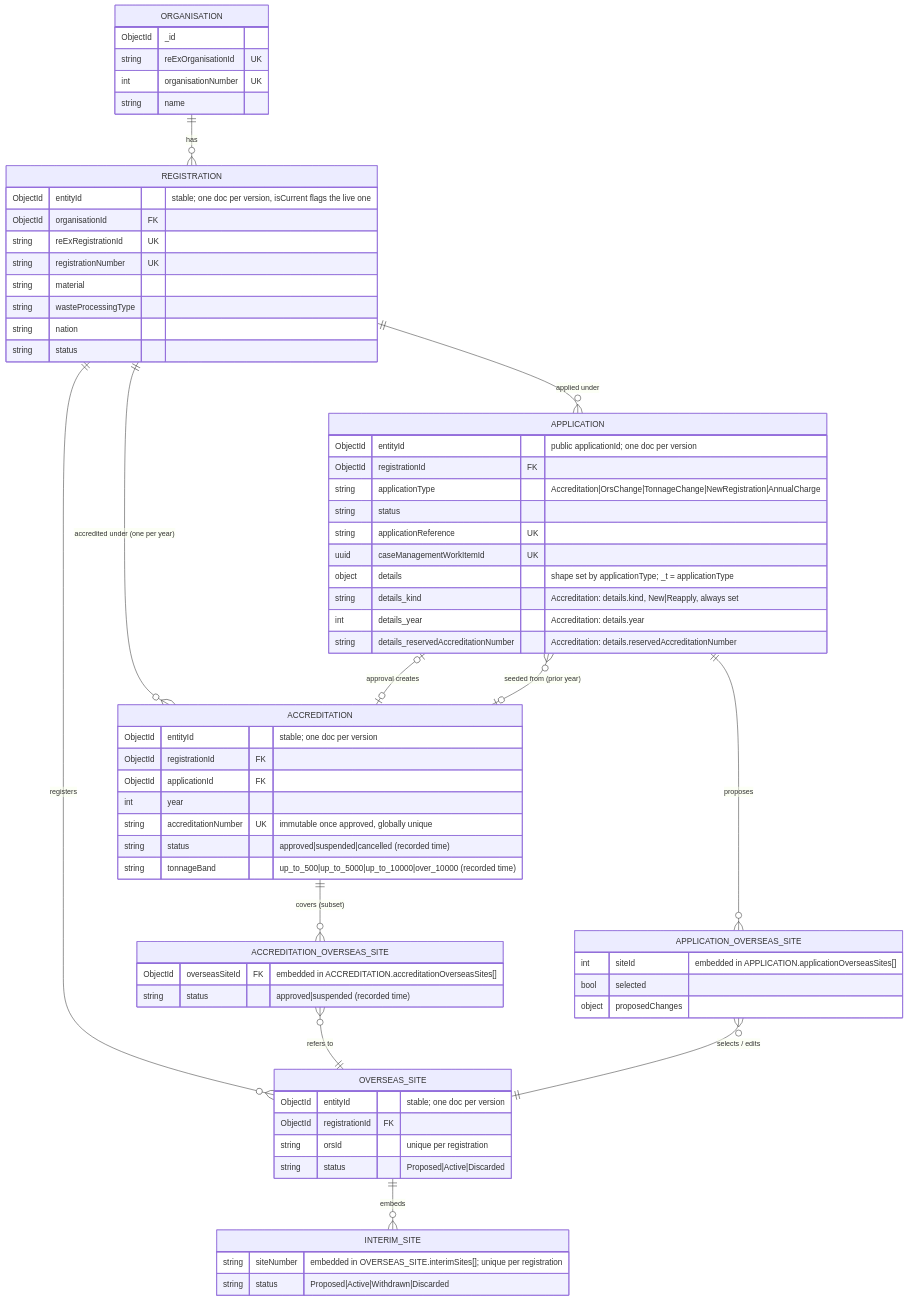
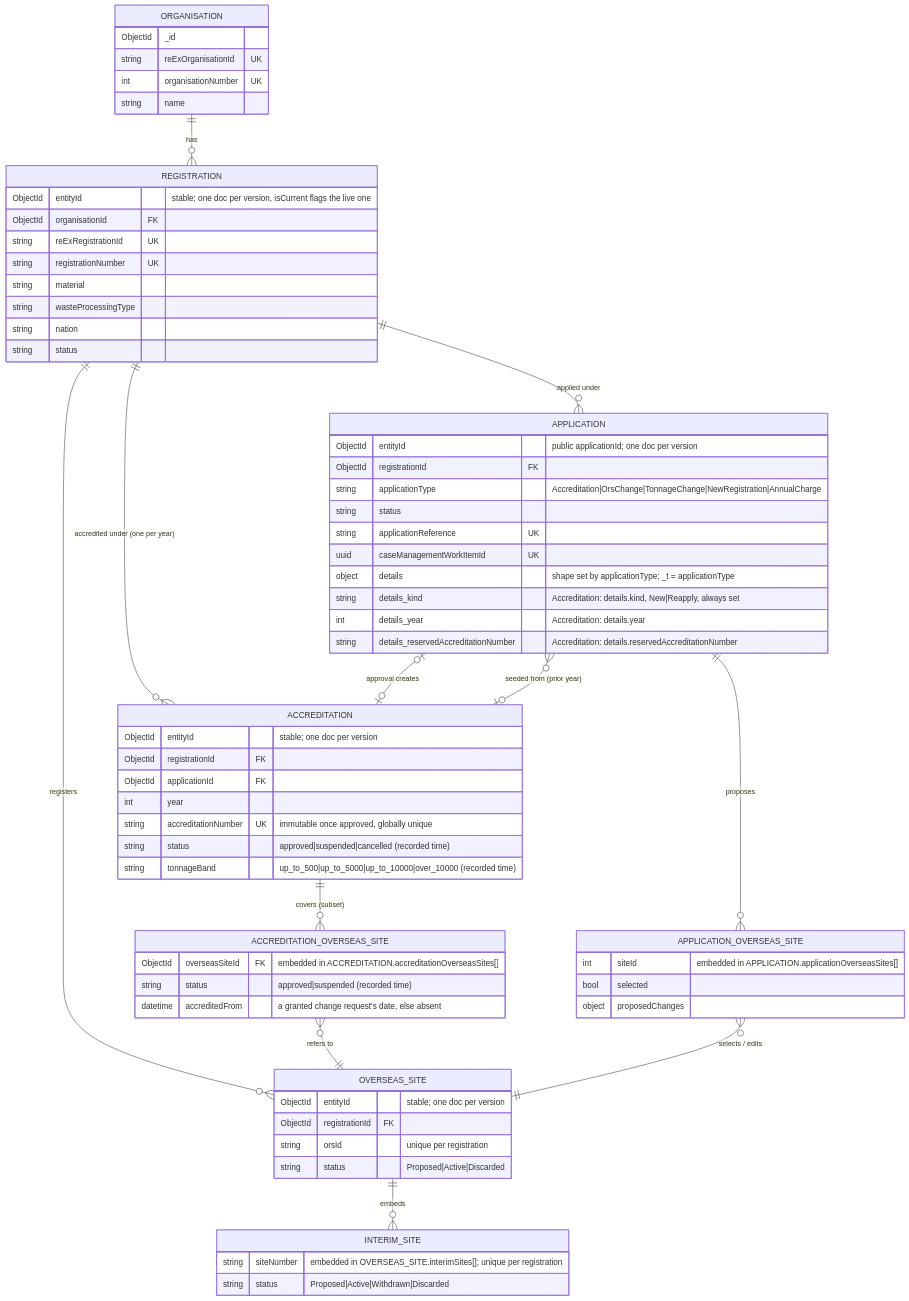
One commit to DEFRA/epr-register-enrol-backend changed the first of 6 diagrams in docs/analysis/register-enrol-domain-model-design.md. Above: the diagram before and after it, drawn with Mermaid. The commit also changed other lines of this file and 9 other files, not shown here.

````diff
--- a/docs/analysis/register-enrol-domain-model-design.md
+++ b/docs/analysis/register-enrol-domain-model-design.md
@@ -705,71 +712,72 @@
 ```mermaid
 erDiagram
     ORGANISATION ||--o{ REGISTRATION : "has"
     REGISTRATION ||--o{ OVERSEAS_SITE : "registers"
     OVERSEAS_SITE ||--o{ INTERIM_SITE : "embeds"
     REGISTRATION ||--o{ APPLICATION : "applied under"
     REGISTRATION ||--o{ ACCREDITATION : "accredited under (one per year)"
     APPLICATION |o--o| ACCREDITATION : "approval creates"
     ACCREDITATION ||--o{ ACCREDITATION_OVERSEAS_SITE : "covers (subset)"
     ACCREDITATION_OVERSEAS_SITE }o--|| OVERSEAS_SITE : "refers to"
     APPLICATION ||--o{ APPLICATION_OVERSEAS_SITE : "proposes"
     APPLICATION_OVERSEAS_SITE }o--|| OVERSEAS_SITE : "selects / edits"
     APPLICATION }o--o| ACCREDITATION : "seeded from (prior year)"
 
     ORGANISATION {
         ObjectId _id
         string reExOrganisationId UK
         int organisationNumber UK
         string name
     }
     REGISTRATION {
         ObjectId entityId "stable; one doc per version, isCurrent flags the live one"
         ObjectId organisationId FK
         string reExRegistrationId UK
         string registrationNumber UK
         string material
         string wasteProcessingType
         string nation
         string status
     }
     OVERSEAS_SITE {
         ObjectId entityId "stable; one doc per version"
         ObjectId registrationId FK
         string orsId "unique per registration"
         string status "Proposed|Active|Discarded"
     }
     INTERIM_SITE {
         string siteNumber "embedded in OVERSEAS_SITE.interimSites[]; unique per registration"
         string status "Proposed|Active|Withdrawn|Discarded"
     }
     APPLICATION {
         ObjectId entityId "public applicationId; one doc per version"
         ObjectId registrationId FK
         string applicationType "Accreditation|OrsChange|TonnageChange|NewRegistration|AnnualCharge"
         string status
         string applicationReference UK
         uuid caseManagementWorkItemId UK
         object details "shape set by applicationType; _t = applicationType"
         string details_kind "Accreditation: details.kind, New|Reapply, always set"
         int details_year "Accreditation: details.year"
         string details_reservedAccreditationNumber "Accreditation: details.reservedAccreditationNumber"
     }
     ACCREDITATION {
         ObjectId entityId "stable; one doc per version"
         ObjectId registrationId FK
         ObjectId applicationId FK
         int year
         string accreditationNumber UK "immutable once approved, globally unique"
         string status "approved|suspended|cancelled (recorded time)"
         string tonnageBand "up_to_500|up_to_5000|up_to_10000|over_10000 (recorded time)"
     }
     ACCREDITATION_OVERSEAS_SITE {
         ObjectId overseasSiteId FK "embedded in ACCREDITATION.accreditationOverseasSites[]"
         string status "approved|suspended (recorded time)"
+        datetime accreditedFrom "a granted change request's date, else absent"
     }
     APPLICATION_OVERSEAS_SITE {
         int siteId "embedded in APPLICATION.applicationOverseasSites[]"
         bool selected
         object proposedChanges
     }
 ```
````
